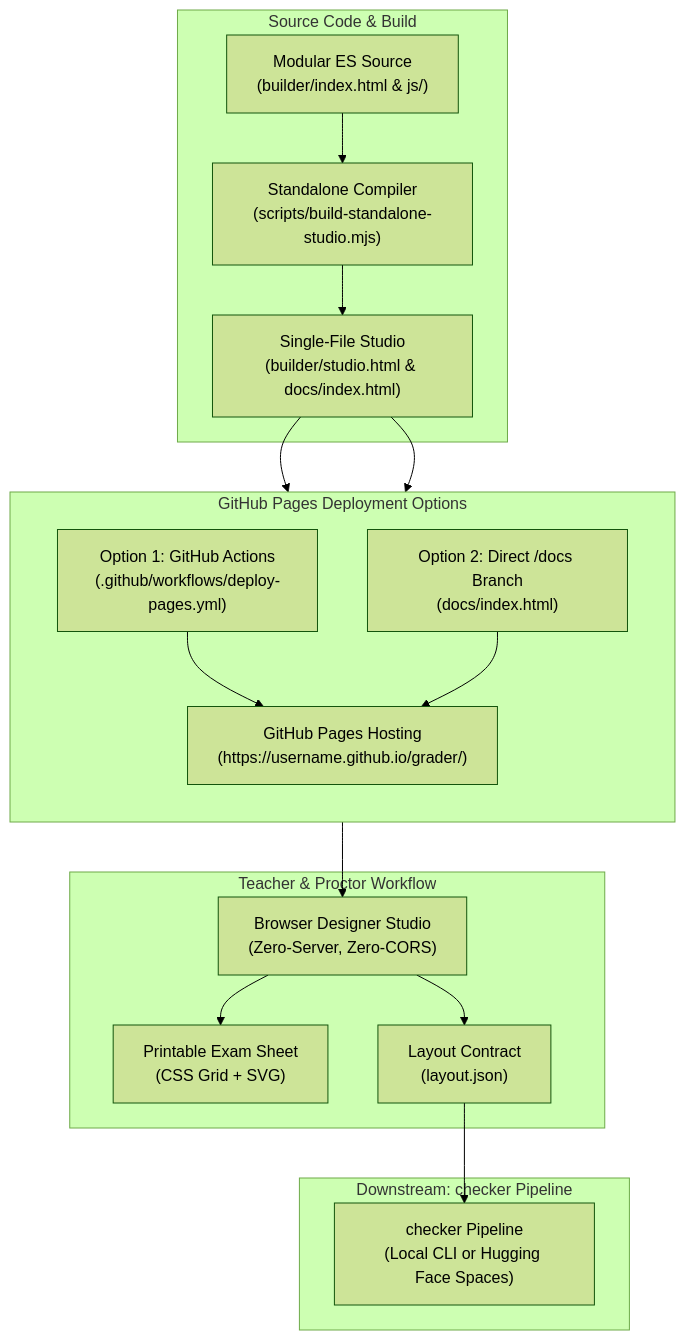
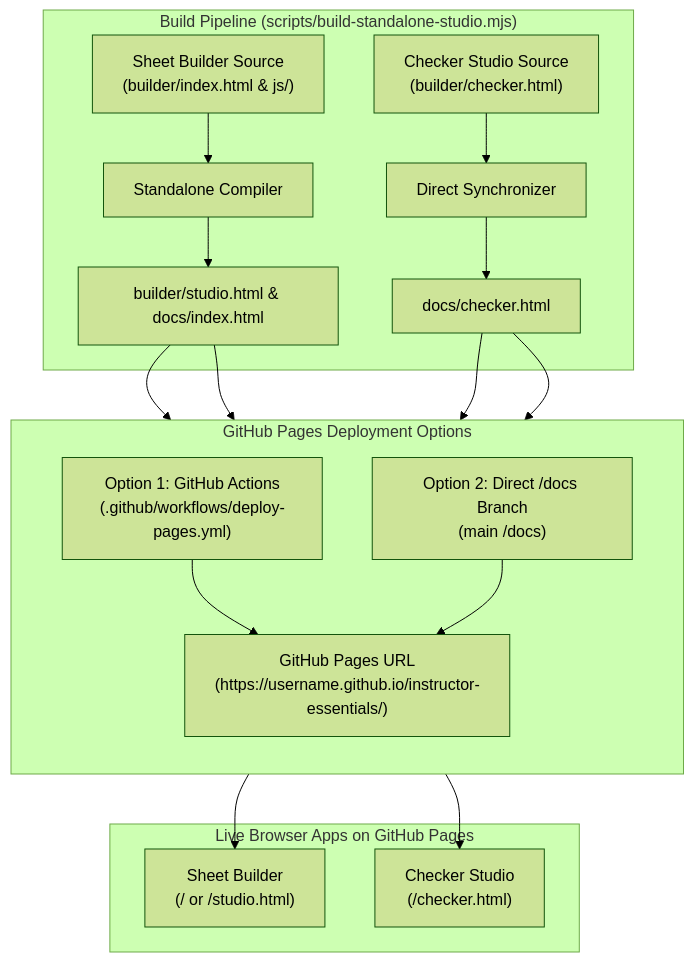
Before and after one commit to philsumabat/instructor-essentials: the diagram in docs/GITHUB_PAGES_SETUP.md, drawn with Mermaid (forest theme). The commit also changed other lines of this file and 38 other files, not shown here.

Commit message:
feat: rebrand to Instructor Essentials, secure GitHub Pages, and harden OMR suite

````diff
--- a/docs/GITHUB_PAGES_SETUP.md
+++ b/docs/GITHUB_PAGES_SETUP.md
@@ -11,25 +22,24 @@
 ```mermaid
 flowchart TD
-    subgraph SRC["Source Code & Build"]
-        CODE["Modular ES Source<br/>(builder/index.html & js/)"] --> BUILD["Standalone Compiler<br/>(scripts/build-standalone-studio.mjs)"]
-        BUILD --> BUNDLE["Single-File Studio<br/>(builder/studio.html & docs/index.html)"]
+    subgraph BUILD["Build Pipeline (scripts/build-standalone-studio.mjs)"]
+        SRC_B["Sheet Builder Source<br/>(builder/index.html & js/)"] --> BLD_B["Standalone Compiler"]
+        BLD_B --> BUNDLE_B["builder/studio.html & docs/index.html"]
+        SRC_C["Checker Studio Source<br/>(builder/checker.html)"] --> SYNC_C["Direct Synchronizer"]
+        SYNC_C --> BUNDLE_C["docs/checker.html"]
     end
 
     subgraph DEPLOY["GitHub Pages Deployment Options"]
         direction TB
-        BUNDLE --> OPT1["Option 1: GitHub Actions<br/>(.github/workflows/deploy-pages.yml)"]
-        BUNDLE --> OPT2["Option 2: Direct /docs Branch<br/>(docs/index.html)"]
-        OPT1 --> GHP["GitHub Pages Hosting<br/>(https://username.github.io/grader/)"]
+        BUNDLE_B --> OPT1["Option 1: GitHub Actions<br/>(.github/workflows/deploy-pages.yml)"]
+        BUNDLE_C --> OPT1
+        BUNDLE_B --> OPT2["Option 2: Direct /docs Branch<br/>(main /docs)"]
+        BUNDLE_C --> OPT2
+        OPT1 --> GHP["GitHub Pages URL<br/>(https://username.github.io/instructor-essentials/)"]
         OPT2 --> GHP
     end
 
-    subgraph USAGE["Teacher & Proctor Workflow"]
-        GHP --> BROWSER["Browser Designer Studio<br/>(Zero-Server, Zero-CORS)"]
-        BROWSER --> OUT_PRINT["Printable Exam Sheet<br/>(CSS Grid + SVG)"]
-        BROWSER --> OUT_JSON["Layout Contract<br/>(layout.json)"]
-    end
-
-    subgraph NEXT["Downstream: checker Pipeline"]
-        OUT_JSON --> CHECKER["checker Pipeline<br/>(Local CLI or Hugging Face Spaces)"]
+    subgraph APPS["Live Browser Apps on GitHub Pages"]
+        GHP --> APP1["Sheet Builder<br/>(/ or /studio.html)"]
+        GHP --> APP2["Checker Studio<br/>(/checker.html)"]
     end
 ```
````
